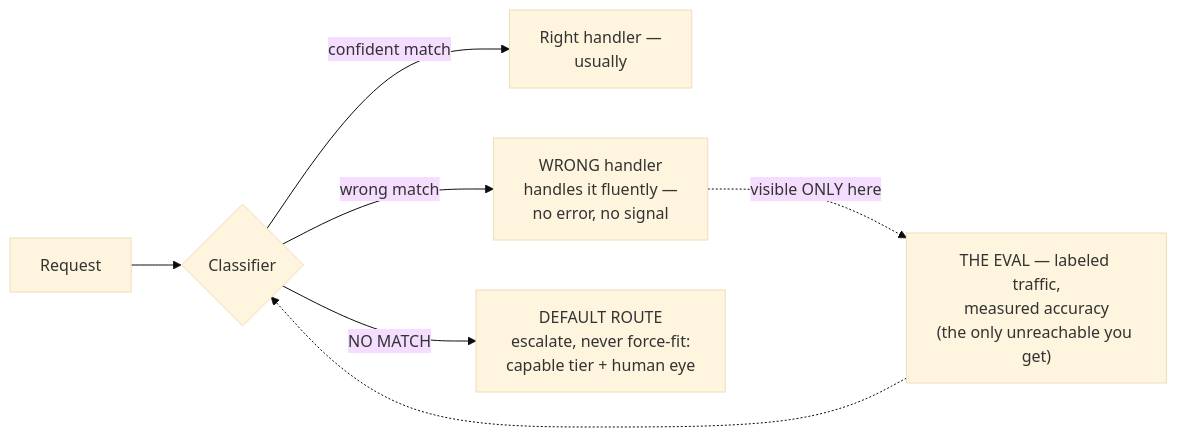
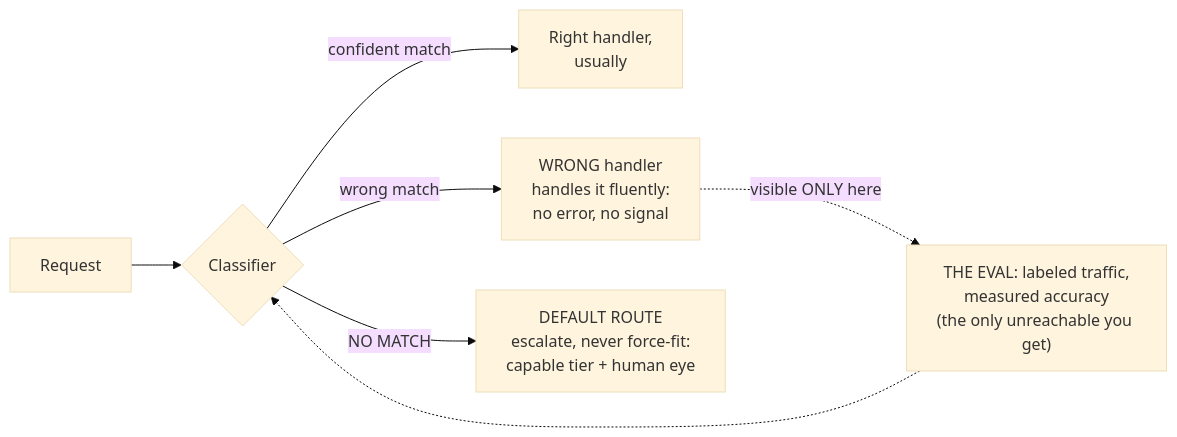
Before and after one commit to chorusse/agentic-estate: the diagram in guide/10-silent-misroutes-and-the-default-route.md, drawn with Mermaid (base theme). The commit also changed other lines of this file and 22 other files, not shown here.

````diff
--- a/guide/10-silent-misroutes-and-the-default-route.md
+++ b/guide/10-silent-misroutes-and-the-default-route.md
@@ -63,10 +63,10 @@
 ```mermaid
 flowchart LR
     req["Request"] --> cls{"Classifier"}
-    cls -->|"confident match"| h["Right handler —<br/>usually"]
-    cls -->|"wrong match"| wrong["WRONG handler<br/>handles it fluently —<br/>no error, no signal"]
+    cls -->|"confident match"| h["Right handler,<br/>usually"]
+    cls -->|"wrong match"| wrong["WRONG handler<br/>handles it fluently:<br/>no error, no signal"]
     cls -->|"NO MATCH"| def["DEFAULT ROUTE<br/>escalate, never force-fit:<br/>capable tier + human eye"]
-    eval["THE EVAL — labeled traffic,<br/>measured accuracy<br/>(the only unreachable you get)"]
+    eval["THE EVAL: labeled traffic,<br/>measured accuracy<br/>(the only unreachable you get)"]
     eval -.-> cls
     wrong -.->|"visible ONLY here"| eval
 ```
````
